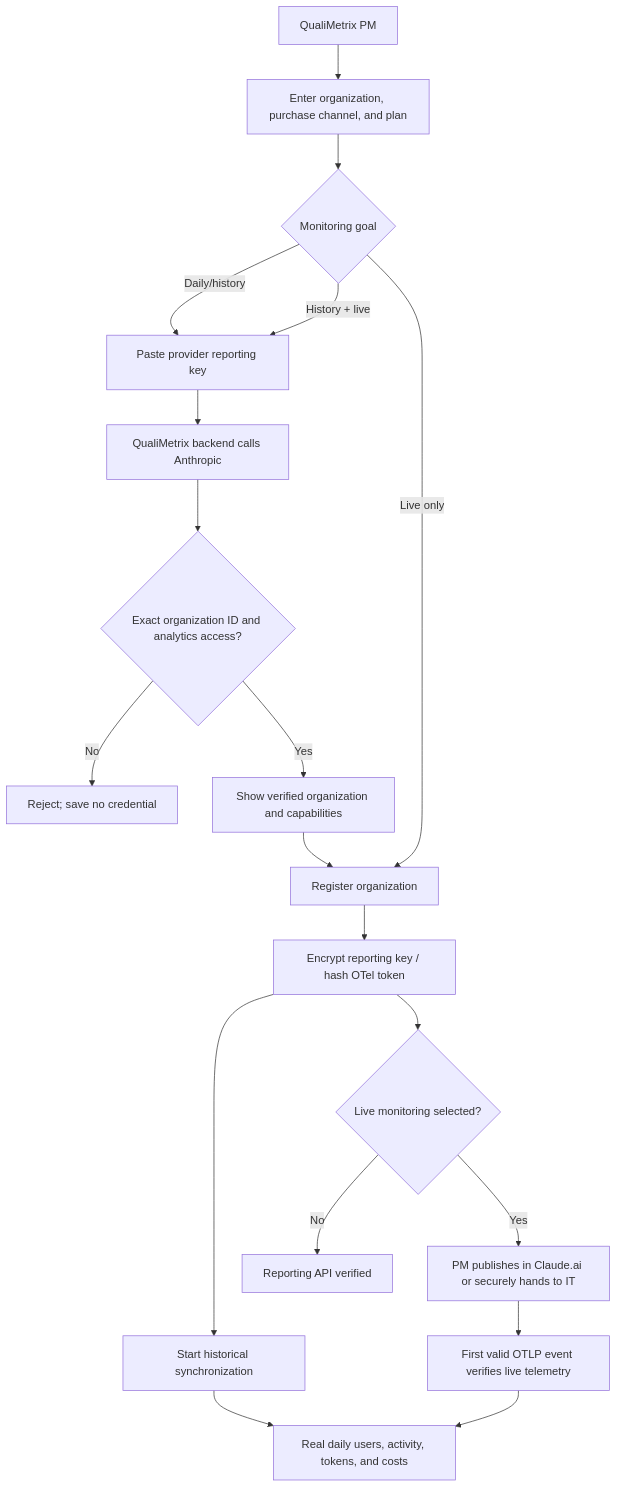
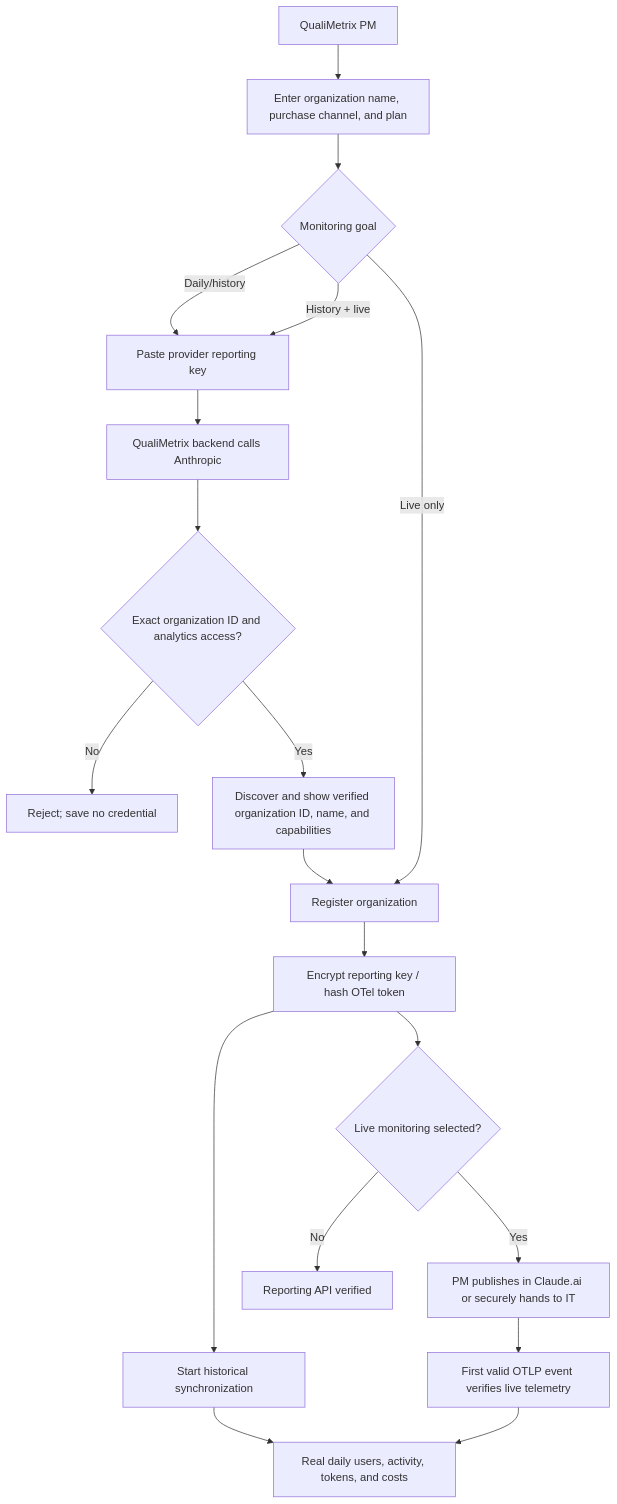
The first of 2 diagrams in docs/ENTERPRISE_AI_PROVIDER_INTEGRATION_ARCHITECTURE.md (madhugraj/z-qualimetrix), drawn with Mermaid before and after one commit. The commit also changed other lines of this file and 8 other files, not shown here.

````diff
--- a/docs/ENTERPRISE_AI_PROVIDER_INTEGRATION_ARCHITECTURE.md
+++ b/docs/ENTERPRISE_AI_PROVIDER_INTEGRATION_ARCHITECTURE.md
@@ -52,21 +53,21 @@
 ```mermaid
 flowchart TD
-  PM[QualiMetrix PM] --> B[Enter organization, purchase channel, and plan]
+  PM[QualiMetrix PM] --> B[Enter organization name, purchase channel, and plan]
   B --> G{Monitoring goal}
   G -->|Daily/history| K[Paste provider reporting key]
   G -->|History + live| K
   G -->|Live only| R[Register organization]
   K --> D[QualiMetrix backend calls Anthropic]
   D --> O{Exact organization ID and analytics access?}
   O -->|No| X[Reject; save no credential]
-  O -->|Yes| V[Show verified organization and capabilities]
+  O -->|Yes| V[Discover and show verified organization ID, name, and capabilities]
   V --> R
   R --> E[Encrypt reporting key / hash OTel token]
   E --> S[Start historical synchronization]
   E --> T{Live monitoring selected?}
   T -->|No| A[Reporting API verified]
   T -->|Yes| P[PM publishes in Claude.ai or securely hands to IT]
   P --> L[First valid OTLP event verifies live telemetry]
   S --> C[Real daily users, activity, tokens, and costs]
   L --> C
 ```
````
